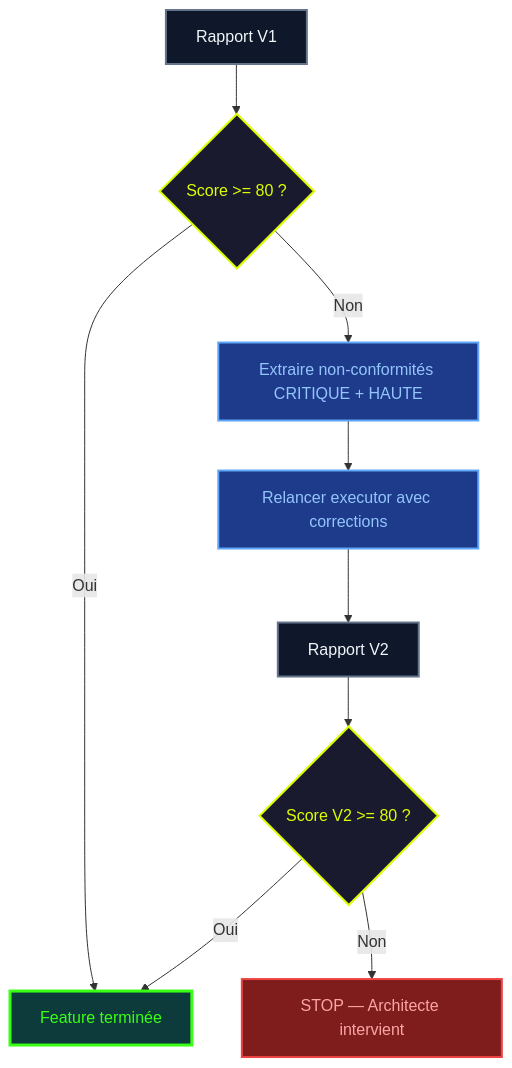
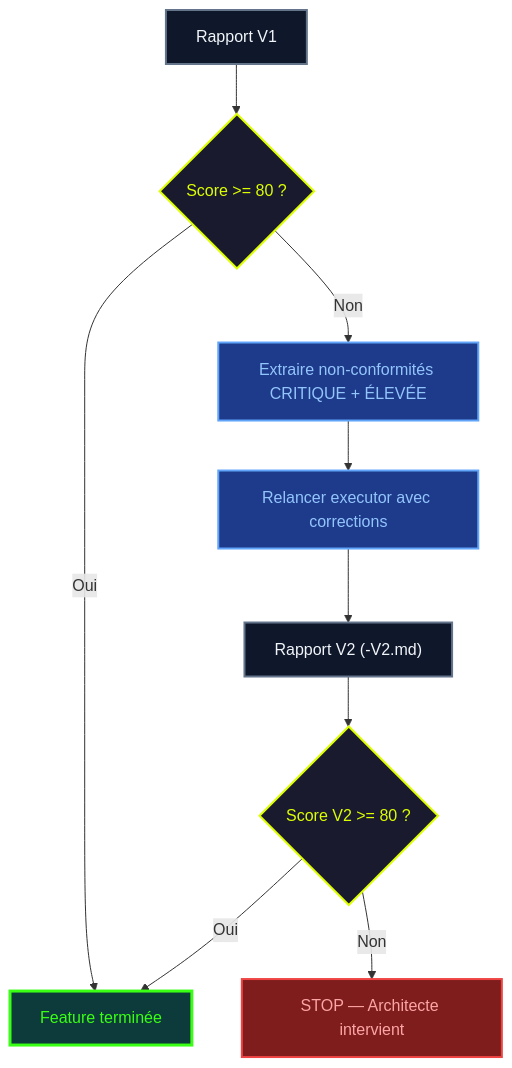
Before and after one commit to fondative/claude-code-ecosystem: diagram 13 of 15 in docs/guide/methodology.md, drawn with Mermaid. The commit also changed other lines of this file and 260 other files, not shown here.

````diff
--- a/docs/guide/methodology.md
+++ b/docs/guide/methodology.md
@@ -527,32 +557,32 @@
 ```mermaid
 graph TB
     R["Rapport V1"]
     CHECK{"Score >= 80 ?"}
     OK["Feature terminée"]
-    FIX["Extraire non-conformités CRITIQUE + HAUTE"]
+    FIX["Extraire non-conformités CRITIQUE + ÉLEVÉE"]
     EXEC["Relancer executor avec corrections"]
-    R2["Rapport V2"]
+    R2["Rapport V2 (-V2.md)"]
     CHECK2{"Score V2 >= 80 ?"}
     STOP["STOP — Architecte intervient"]
 
     R --> CHECK
     CHECK -->|Oui| OK
     CHECK -->|Non| FIX
     FIX --> EXEC
     EXEC --> R2
     R2 --> CHECK2
     CHECK2 -->|Oui| OK
     CHECK2 -->|Non| STOP
 
     classDef input fill:#0f172a,stroke:#64748b,stroke-width:2px,color:#f1f5f9
     classDef check fill:#1a1a2e,stroke:#ddff00,stroke-width:2px,color:#ddff00
     classDef ok fill:#0d3b3b,stroke:#39ff14,stroke-width:3px,color:#39ff14
     classDef fix fill:#1e3a8a,stroke:#60a5fa,stroke-width:2px,color:#93c5fd
     classDef stop fill:#7f1d1d,stroke:#ef4444,stroke-width:2px,color:#fca5a5
 
     class R,R2 input
     class CHECK,CHECK2 check
     class OK ok
     class FIX,EXEC fix
     class STOP stop
 ```
````
